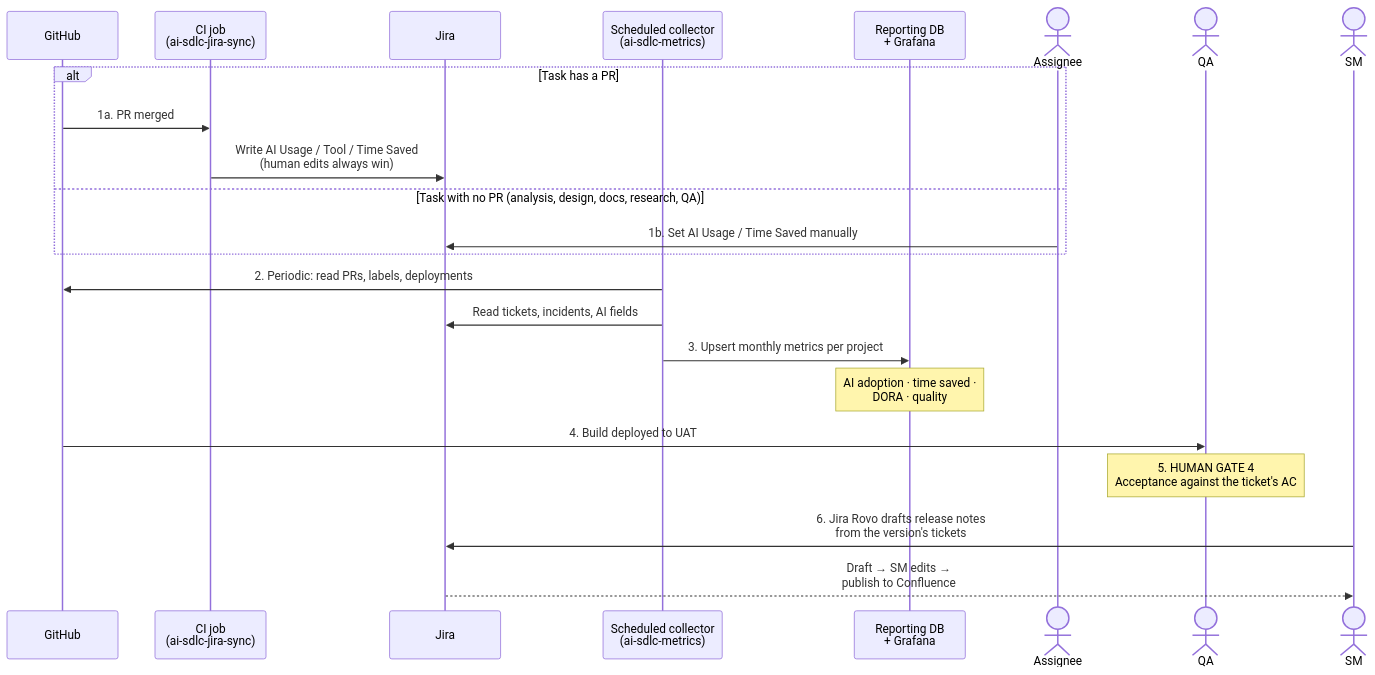
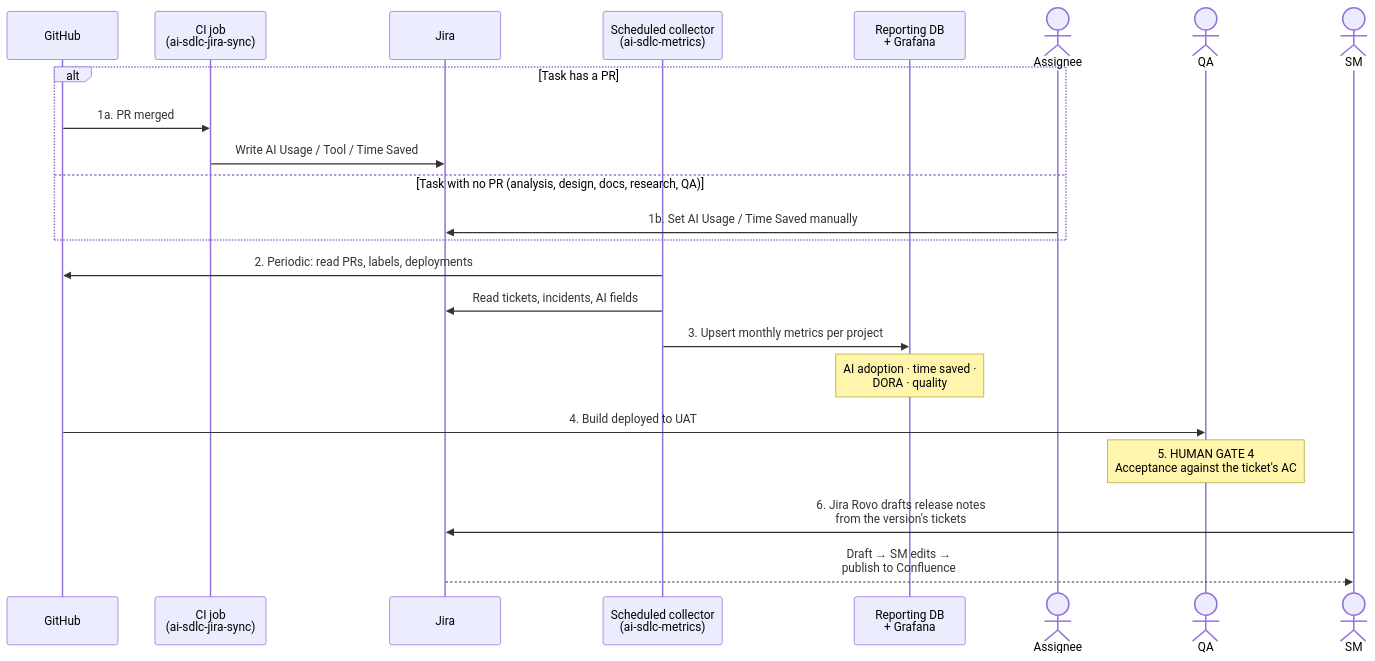
One commit to Seta-International/ai-sdlc-metrics changed the sixth of 6 diagrams in docs/aidc-workflow-future.md. Above: the diagram before and after it, drawn with Mermaid. The commit also changed other lines of this file, not shown here.

Commit message:
docs: state the real Jira merge policy instead of 'human edit always wins'

````diff
--- a/docs/aidc-workflow-future.md
+++ b/docs/aidc-workflow-future.md
@@ -237,26 +237,26 @@
 ```mermaid
 sequenceDiagram
     participant GH as GitHub
     participant CI as CI job<br/>(ai-sdlc-jira-sync)
     participant Jira
     participant Col as Scheduled collector<br/>(ai-sdlc-metrics)
     participant Graf as Reporting DB<br/>+ Grafana
     actor Asg as Assignee
     actor QA
     actor SM
 
     alt Task has a PR
         GH->>CI: 1a. PR merged
-        CI->>Jira: Write AI Usage / Tool / Time Saved<br/>(human edits always win)
+        CI->>Jira: Write AI Usage / Tool / Time Saved
     else Task with no PR (analysis, design, docs, research, QA)
         Asg->>Jira: 1b. Set AI Usage / Time Saved manually
     end
     Col->>GH: 2. Periodic: read PRs, labels, deployments
     Col->>Jira: Read tickets, incidents, AI fields
     Col->>Graf: 3. Upsert monthly metrics per project
     Note over Graf: AI adoption · time saved ·<br/>DORA · quality
     GH->>QA: 4. Build deployed to UAT
     Note over QA: 5. HUMAN GATE 4<br/>Acceptance against the ticket's AC
     SM->>Jira: 6. Jira Rovo drafts release notes<br/>from the version's tickets
     Jira-->>SM: Draft → SM edits →<br/>publish to Confluence
 ```
````
